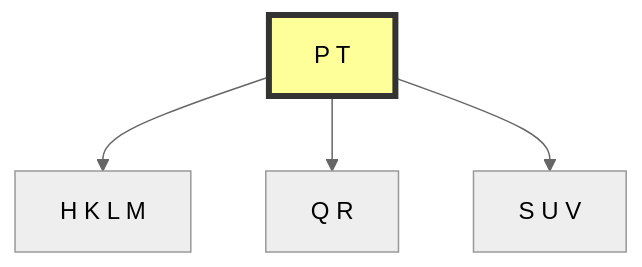
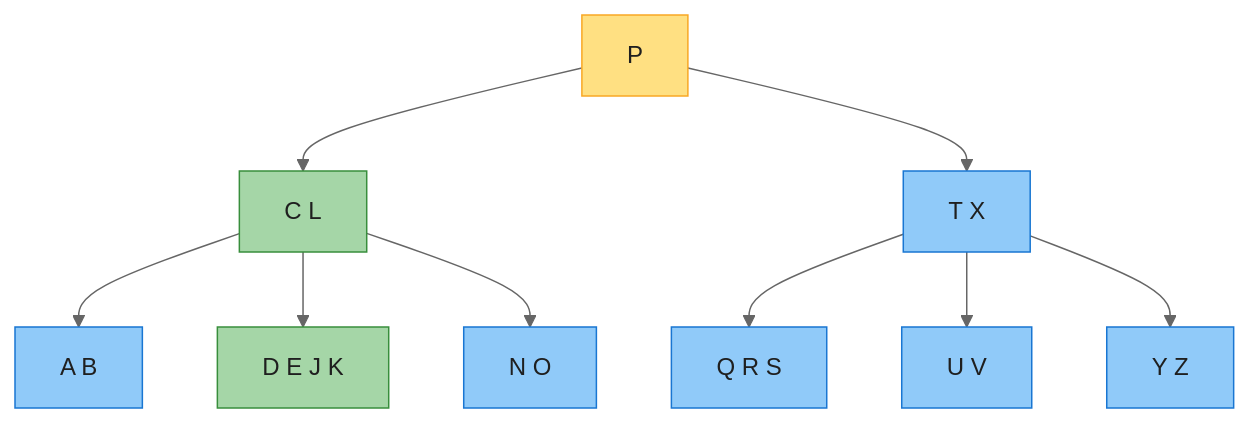
The tenth of 12 diagrams in IntroductionToAlgorithms/Chapter18_B树_深度版.md (socoo123/book_reading), drawn with Mermaid (neutral theme) before and after one commit. The commit also changed other lines of this file and 30 other files, not shown here.

````diff
--- a/IntroductionToAlgorithms/Chapter18_B树_深度版.md
+++ b/IntroductionToAlgorithms/Chapter18_B树_深度版.md
@@ -445,8 +391,18 @@
 ```mermaid
 graph TD
-    NewRoot["P T"]
-    NewRoot --> Left["H K L M"]
-    NewRoot --> Right["Q R"] & Right2["S U V"]
+    R["P"] --> L1["C L"]
+    R --> R1["T X"]
+    L1 --> A["A B"]
+    L1 --> B["D E J K"]
+    L1 --> C2["N O"]
+    R1 --> D["Q R S"]
+    R1 --> E["U V"]
+    R1 --> F["Y Z"]
 
-    style NewRoot fill:#ff9,stroke:#333,stroke-width:4px
+    classDef hot fill:#A5D6A7,stroke:#388E3C,color:#1f1f1f;
+    classDef plain fill:#90CAF9,stroke:#1976D2,color:#1f1f1f;
+    classDef root fill:#FFE082,stroke:#F9A825,color:#1f1f1f;
+    class R root;
+    class L1,B hot;
+    class A,C2,R1,D,E,F plain;
 ```
````
